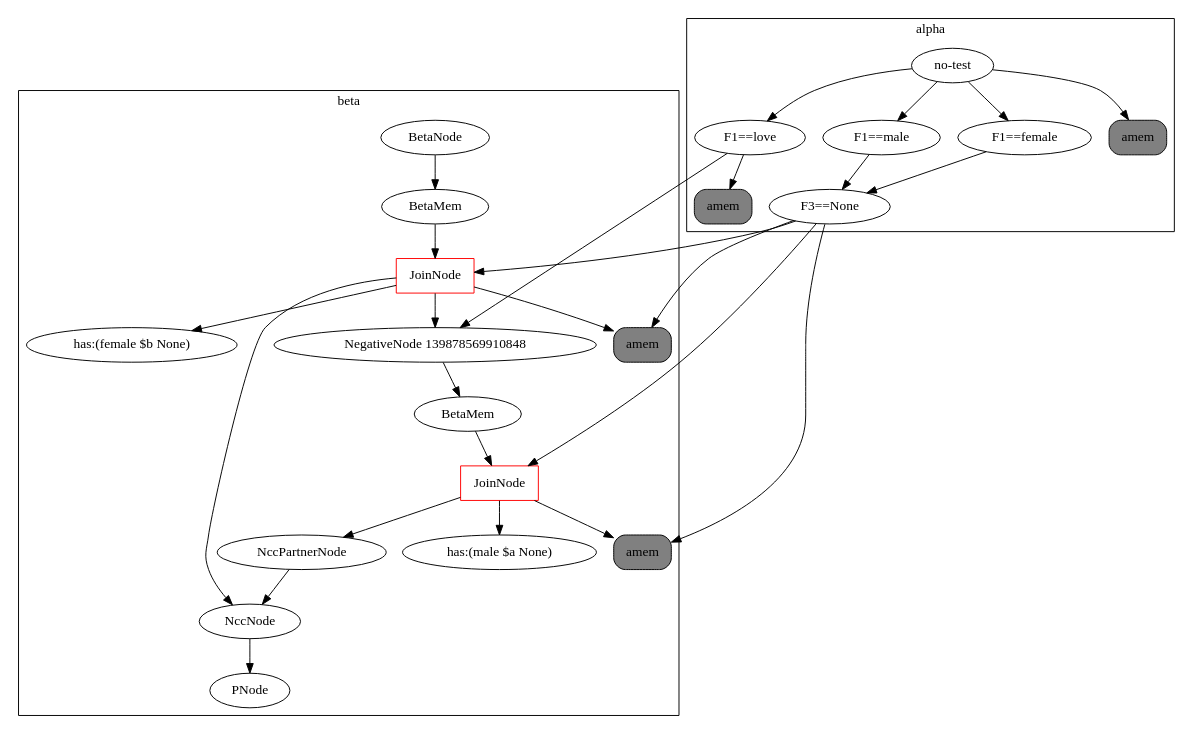
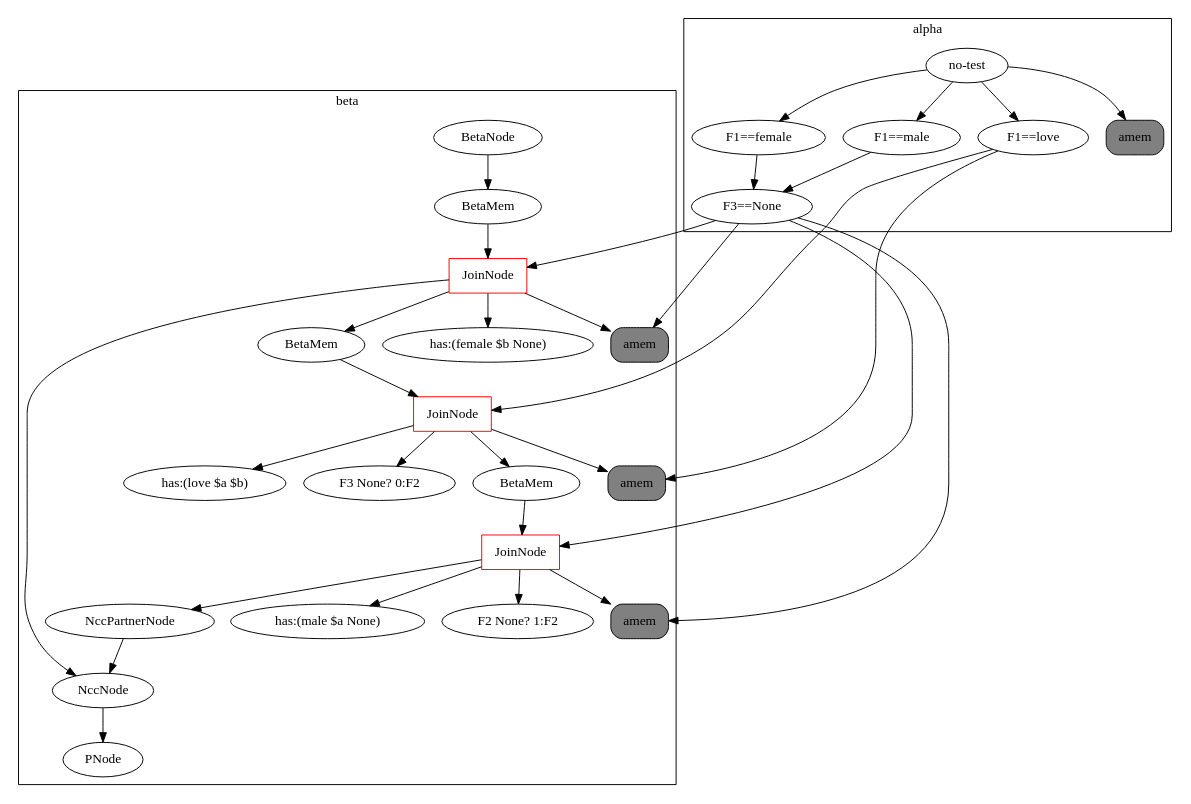
Before and after one commit to Cybernetic1/GIRL: the diagram in rete.dot, drawn with Graphviz. The commit also changed 5 other files, not shown here.

```diff
--- a/rete.dot
+++ b/rete.dot
@@ -1,45 +1,52 @@
 digraph {
 	subgraph cluster_1 {
 	label = beta
-	"BetaNode 139878569774888" [label="BetaNode"];
-	"BetaNode 139878569774888" -> "BetaMemory 139878569873360";
-	"BetaMemory 139878569873360" [label="BetaMem"];
-	"BetaMemory 139878569873360" -> "JoinNode 139878569910568";
-	"JoinNode 139878569910568" [shape=box, color=red, label="JoinNode"];
-	"JoinNode 139878569910568" -> "amem:<rete.alpha.AlphaMemory object at 0x7f380478a0f0>"
-	"JoinNode 139878569910568" -> "has:(female $b None)"
-	"JoinNode 139878569910568" -> "NegativeNode 139878569910848";
-	"NegativeNode 139878569910848" -> "BetaMemory 139878569910904";
-	"BetaMemory 139878569910904" [label="BetaMem"];
-	"BetaMemory 139878569910904" -> "JoinNode 139878569911128";
-	"JoinNode 139878569911128" [shape=box, color=red, label="JoinNode"];
-	"JoinNode 139878569911128" -> "amem:<rete.alpha.AlphaMemory object at 0x7f380478a320>"
-	"JoinNode 139878569911128" -> "has:(male $a None)"
-	"JoinNode 139878569911128" -> "<rete.ncc_node.NccPartnerNode object at 0x7f380478a390>";
-	"<rete.ncc_node.NccPartnerNode object at 0x7f380478a390>" [label="NccPartnerNode"];
-	"<rete.ncc_node.NccPartnerNode object at 0x7f380478a390>" -> "<rete.ncc_node.NccNode object at 0x7f380478a160>";
-	"JoinNode 139878569910568" -> "<rete.ncc_node.NccNode object at 0x7f380478a160>";
-	"<rete.ncc_node.NccNode object at 0x7f380478a160>" [label="NccNode"];
-	"<rete.ncc_node.NccNode object at 0x7f380478a160>" -> "PNode 139878569873304";
-	"PNode 139878569873304" [label="PNode"];
+	"BetaNode 140499829133096" [label="BetaNode"];
+	"BetaNode 140499829133096" -> "BetaMemory 140499829231568";
+	"BetaMemory 140499829231568" [label="BetaMem"];
+	"BetaMemory 140499829231568" -> "JoinNode 140499829268776";
+	"JoinNode 140499829268776" [shape=box, color=red, label="JoinNode"];
+	"JoinNode 140499829268776" -> "amem:<rete.alpha.AlphaMemory object at 0x7fc8aa6a20f0>"
+	"JoinNode 140499829268776" -> "has:(female $b None)"
+	"JoinNode 140499829268776" -> "BetaMemory 140499829268888";
+	"BetaMemory 140499829268888" [label="BetaMem"];
+	"BetaMemory 140499829268888" -> "JoinNode 140499829269112";
+	"JoinNode 140499829269112" [shape=box, color=red, label="JoinNode"];
+	"JoinNode 140499829269112" -> "amem:<rete.alpha.AlphaMemory object at 0x7fc8aa6a2208>"
+	"JoinNode 140499829269112" -> "has:(love $a $b)"
+	"JoinNode 140499829269112" -> "F3 None? 0:F2"
+	"JoinNode 140499829269112" -> "BetaMemory 140499829269168";
+	"BetaMemory 140499829269168" [label="BetaMem"];
+	"BetaMemory 140499829269168" -> "JoinNode 140499829269448";
+	"JoinNode 140499829269448" [shape=box, color=red, label="JoinNode"];
+	"JoinNode 140499829269448" -> "amem:<rete.alpha.AlphaMemory object at 0x7fc8aa6a2390>"
+	"JoinNode 140499829269448" -> "has:(male $a None)"
+	"JoinNode 140499829269448" -> "F2 None? 1:F2"
+	"JoinNode 140499829269448" -> "<rete.ncc_node.NccPartnerNode object at 0x7fc8aa6a2400>";
+	"<rete.ncc_node.NccPartnerNode object at 0x7fc8aa6a2400>" [label="NccPartnerNode"];
+	"<rete.ncc_node.NccPartnerNode object at 0x7fc8aa6a2400>" -> "<rete.ncc_node.NccNode object at 0x7fc8aa6a2160>";
+	"JoinNode 140499829268776" -> "<rete.ncc_node.NccNode object at 0x7fc8aa6a2160>";
+	"<rete.ncc_node.NccNode object at 0x7fc8aa6a2160>" [label="NccNode"];
+	"<rete.ncc_node.NccNode object at 0x7fc8aa6a2160>" -> "PNode 140499829231512";
+	"PNode 140499829231512" [label="PNode"];
 	}
 	subgraph cluster_0 {
 	label = alpha
 	"no-test" -> "F1==female";
 	"F1==female" -> "F3==None";
-	"F3==None" -> "amem:<rete.alpha.AlphaMemory object at 0x7f380478a0f0>";
-	"amem:<rete.alpha.AlphaMemory object at 0x7f380478a0f0>" [shape=box, style="rounded,filled", label="amem", fillcolor=gray];
+	"F3==None" -> "amem:<rete.alpha.AlphaMemory object at 0x7fc8aa6a20f0>";
+	"amem:<rete.alpha.AlphaMemory object at 0x7fc8aa6a20f0>" [shape=box, style="rounded,filled", label="amem", fillcolor=gray];
 	"no-test" -> "F1==love";
-	"F1==love" -> "amem:<rete.alpha.AlphaMemory object at 0x7f380478a1d0>";
-	"amem:<rete.alpha.AlphaMemory object at 0x7f380478a1d0>" [shape=box, style="rounded,filled", label="amem", fillcolor=gray];
+	"F1==love" -> "amem:<rete.alpha.AlphaMemory object at 0x7fc8aa6a2208>";
+	"amem:<rete.alpha.AlphaMemory object at 0x7fc8aa6a2208>" [shape=box, style="rounded,filled", label="amem", fillcolor=gray];
 	"no-test" -> "F1==male";
 	"F1==male" -> "F3==None";
-	"F3==None" -> "amem:<rete.alpha.AlphaMemory object at 0x7f380478a320>";
-	"amem:<rete.alpha.AlphaMemory object at 0x7f380478a320>" [shape=box, style="rounded,filled", label="amem", fillcolor=gray];
-	"no-test" -> "amem:<rete.alpha.AlphaMemory object at 0x7f3804768e48>";
-	"amem:<rete.alpha.AlphaMemory object at 0x7f3804768e48>" [shape=box, style="rounded,filled", label="amem", fillcolor=gray];
+	"F3==None" -> "amem:<rete.alpha.AlphaMemory object at 0x7fc8aa6a2390>";
+	"amem:<rete.alpha.AlphaMemory object at 0x7fc8aa6a2390>" [shape=box, style="rounded,filled", label="amem", fillcolor=gray];
+	"no-test" -> "amem:<rete.alpha.AlphaMemory object at 0x7fc8aa680e48>";
+	"amem:<rete.alpha.AlphaMemory object at 0x7fc8aa680e48>" [shape=box, style="rounded,filled", label="amem", fillcolor=gray];
 	}
-	"F3==None" -> "JoinNode 139878569910568";
-	"F1==love" -> "NegativeNode 139878569910848";
-	"F3==None" -> "JoinNode 139878569911128";
+	"F3==None" -> "JoinNode 140499829268776";
+	"F1==love" -> "JoinNode 140499829269112";
+	"F3==None" -> "JoinNode 140499829269448";
 }
```
